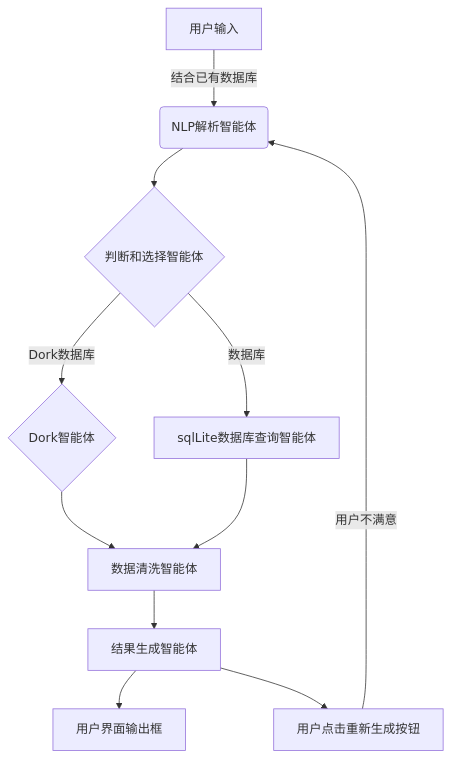
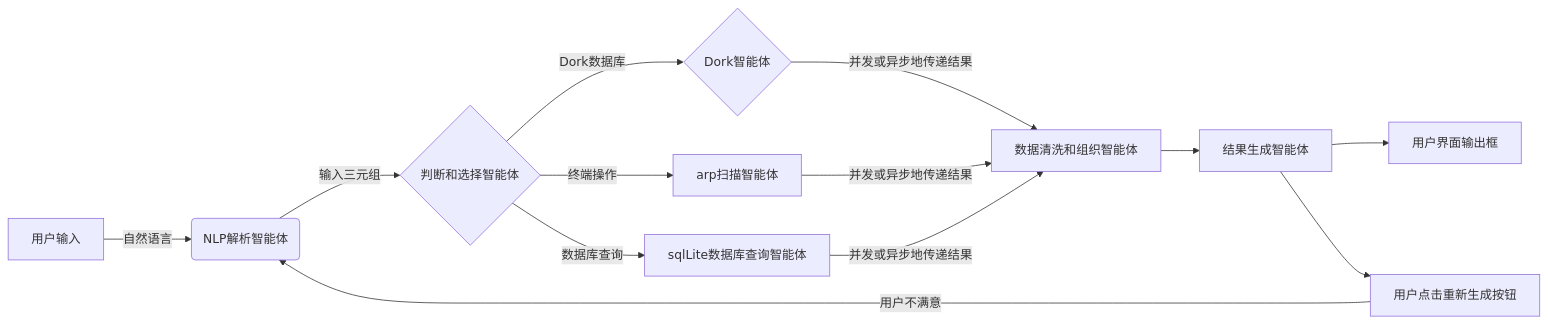
One commit to OSchengdu/SynthIQNexus changed the first of 2 diagrams in README.md. Above: the diagram before and after it, drawn with Mermaid. The commit also changed 17 other files, not shown here.

````diff
--- a/README.md
+++ b/README.md
@@ -5,9 +5,12 @@
 ```mermaid
-graph TD
-    A[用户输入] --> |结合已有数据库| B(NLP解析智能体)--> C{判断和选择智能体}-->|Dork数据库| D{Dork智能体}
-    C -->|数据库| E[sqlLite数据库查询智能体]
-    D & E --> F[数据清洗智能体]
+graph LR 
+    A[用户输入] --> |自然语言| B(NLP解析智能体)
+    B --> |输入三元组| C{判断和选择智能体}
+    C-->|Dork数据库| D{Dork智能体}
+    C -->|数据库查询| Z[sqlLite数据库查询智能体]
+    C --> |终端操作| E[arp扫描智能体]
+    D & E & Z--> |并发或异步地传递结果| F[数据清洗和组织智能体]
     F --> G[结果生成智能体]
     G --> H[用户界面输出框]
     G --> J[用户点击重新生成按钮] --> |用户不满意| B
 ```
````
